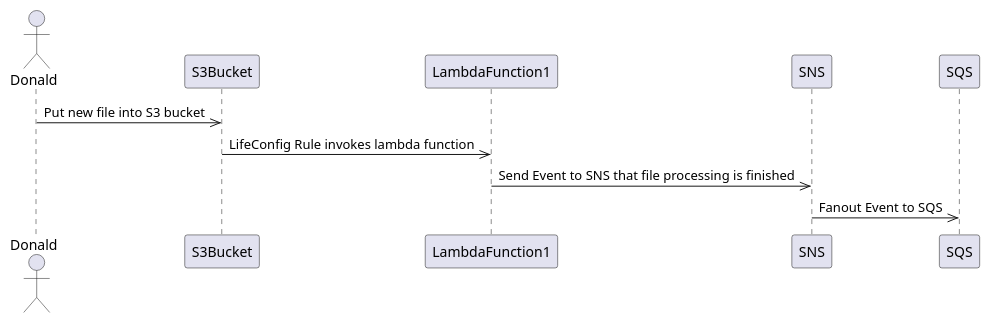
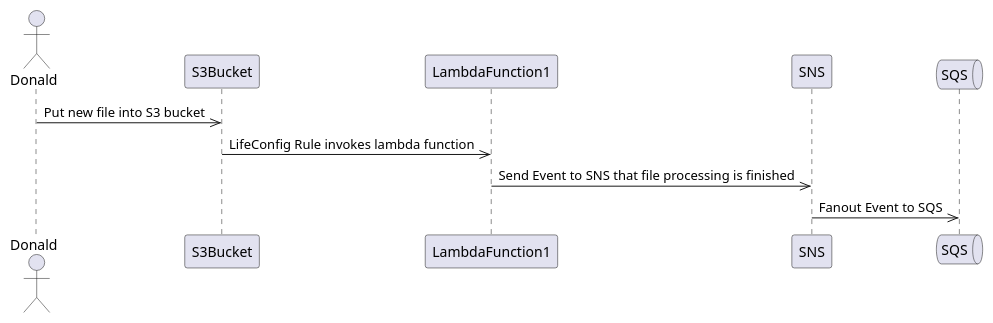
The diagram in samples/samples/file_upload.plantuml (tsypuk/multicloud-diagrams), drawn with PlantUML before and after one commit. The commit also changed 5 other files, not shown here.

Commit message:
feat: extend plantuml entities with 'participant', 'boundary', 'control', 'entity', 'database', 'collections', 'queue'

```diff
--- a/samples/samples/file_upload.plantuml
+++ b/samples/samples/file_upload.plantuml
@@ -1,12 +1,12 @@
 @startuml
 actor Donald
     participant S3Bucket
     participant LambdaFunction1
     participant SNS
-    participant SQS
+    queue SQS
 
     Donald->>S3Bucket: Put new file into S3 bucket
     S3Bucket->>LambdaFunction1: LifeConfig Rule invokes lambda function
     LambdaFunction1->>SNS: Send Event to SNS that file processing is finished
     SNS->>SQS: Fanout Event to SQS
 @enduml
```
